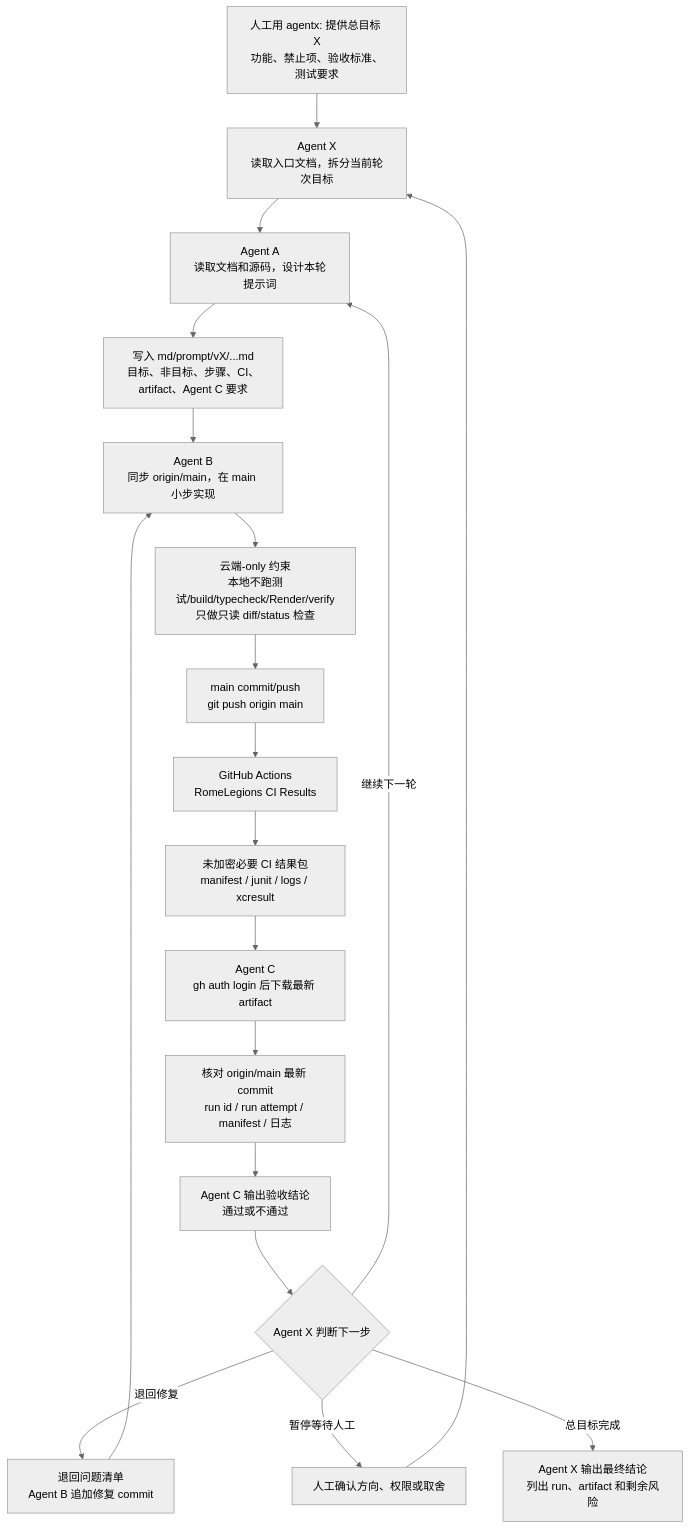
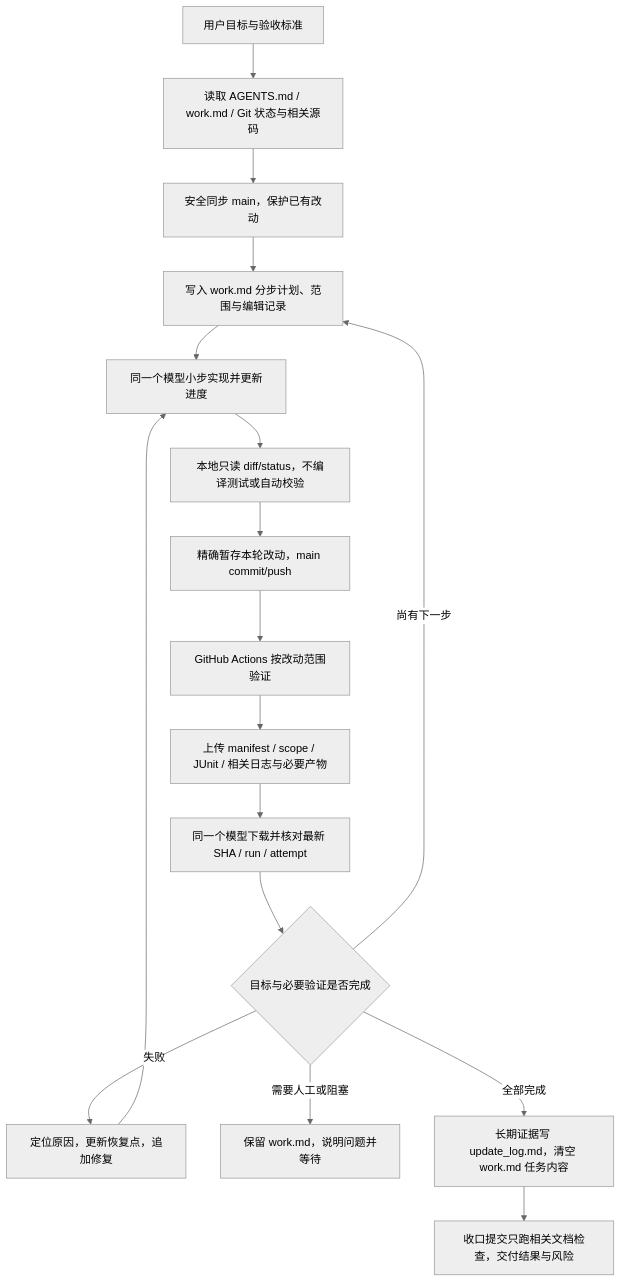
Before and after one commit to Altman-sam114/119: diagram 17 of 23 in md/flow/flowchart.md, drawn with Mermaid (neutral theme). The commit also changed other lines of this file and 11 other files, not shown here.

````diff
--- a/md/flow/flowchart.md
+++ b/md/flow/flowchart.md
@@ -501,21 +501,19 @@
 ```mermaid
 flowchart TD
-    A["人工用 agentx: 提供总目标 X<br/>功能、禁止项、验收标准、测试要求"] --> B["Agent X<br/>读取入口文档，拆分当前轮次目标"]
-    B --> C["Agent A<br/>读取文档和源码，设计本轮提示词"]
-    C --> D["写入 md/prompt/vX/...md<br/>目标、非目标、步骤、CI、artifact、Agent C 要求"]
-    D --> E["Agent B<br/>同步 origin/main，在 main 小步实现"]
-    E --> F["云端-only 约束<br/>本地不跑测试/build/typecheck/Render/verify<br/>只做只读 diff/status 检查"]
-    F --> G["main commit/push<br/>git push origin main"]
-    G --> H["GitHub Actions<br/>RomeLegions CI Results"]
-    H --> I["未加密必要 CI 结果包<br/>manifest / junit / logs / xcresult"]
-    I --> J["Agent C<br/>gh auth login 后下载最新 artifact"]
-    J --> K["核对 origin/main 最新 commit<br/>run id / run attempt / manifest / 日志"]
-    K --> L["Agent C 输出验收结论<br/>通过或不通过"]
-    L --> M{"Agent X 判断下一步"}
-    M -->|退回修复| N["退回问题清单<br/>Agent B 追加修复 commit"]
-    N --> E
-    M -->|继续下一轮| C
-    M -->|暂停等待人工| O["人工确认方向、权限或取舍"]
-    O --> B
-    M -->|总目标完成| P["Agent X 输出最终结论<br/>列出 run、artifact 和剩余风险"]
+    A[用户目标与验收标准] --> B[读取 AGENTS.md / work.md / Git 状态与相关源码]
+    B --> C[安全同步 main，保护已有改动]
+    C --> D[写入 work.md 分步计划、范围与编辑记录]
+    D --> E[同一个模型小步实现并更新进度]
+    E --> F[本地只读 diff/status，不编译测试或自动校验]
+    F --> G[精确暂存本轮改动，main commit/push]
+    G --> H[GitHub Actions 按改动范围验证]
+    H --> I[上传 manifest / scope / JUnit / 相关日志与必要产物]
+    I --> J[同一个模型下载并核对最新 SHA / run / attempt]
+    J --> K{目标与必要验证是否完成}
+    K -->|失败| L[定位原因，更新恢复点，追加修复]
+    L --> E
+    K -->|尚有下一步| D
+    K -->|需要人工或阻塞| M[保留 work.md，说明问题并等待]
+    K -->|全部完成| N[长期证据写 update_log.md，清空 work.md 任务内容]
+    N --> O[收口提交只跑相关文档检查，交付结果与风险]
 ```
````
